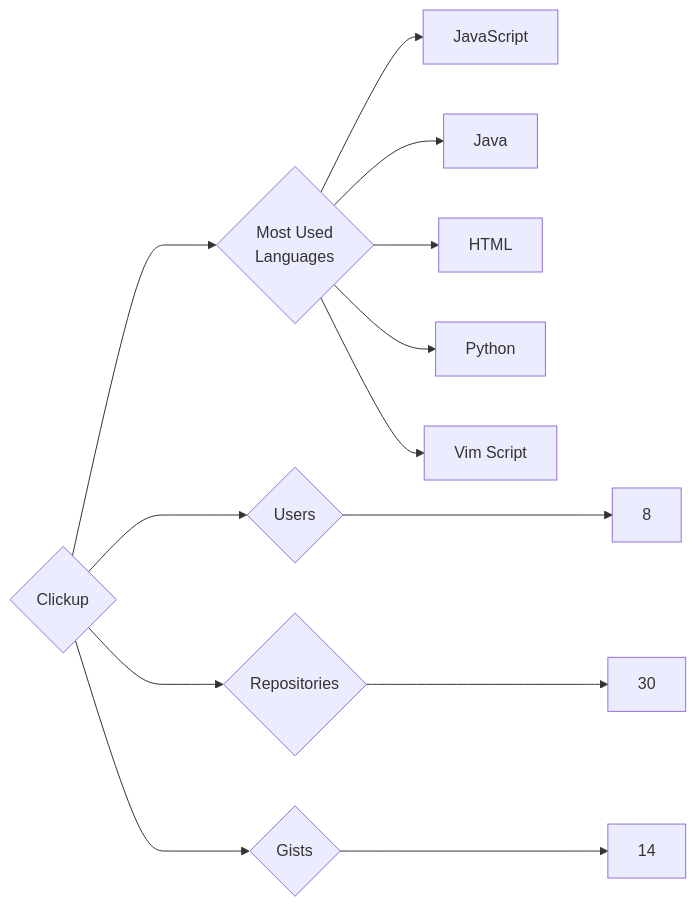
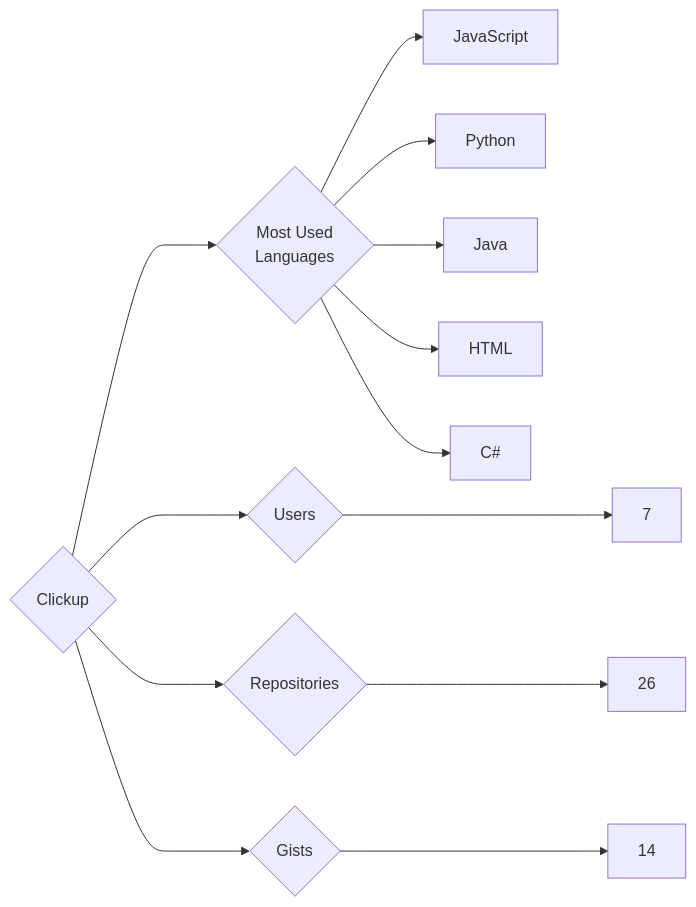
The diagram in targets/Clickup/README.md (trickest/insiders), drawn with Mermaid before and after one commit. The commit also changed 934 other files, not shown here.

````diff
--- a/targets/Clickup/README.md
+++ b/targets/Clickup/README.md
@@ -3,13 +3,13 @@
 ```mermaid
 graph LR
 COMPANY_NAME{Clickup}
-COMPANY_NAME ---> U{Users} ---> UN[8]
-COMPANY_NAME ---> R{Repositories} ---> RN[30]
+COMPANY_NAME ---> U{Users} ---> UN[7]
+COMPANY_NAME ---> R{Repositories} ---> RN[26]
 COMPANY_NAME ---> G{Gists} ---> GN[14]
 COMPANY_NAME ---> ML{Most Used<br>Languages}
 ML --> JavaScript[JavaScript]
+ML --> Python[Python]
 ML --> Java[Java]
 ML --> HTML[HTML]
-ML --> Python[Python]
-ML --> Vim_Script[Vim Script]
+ML --> C#[C#]
 ```
````
